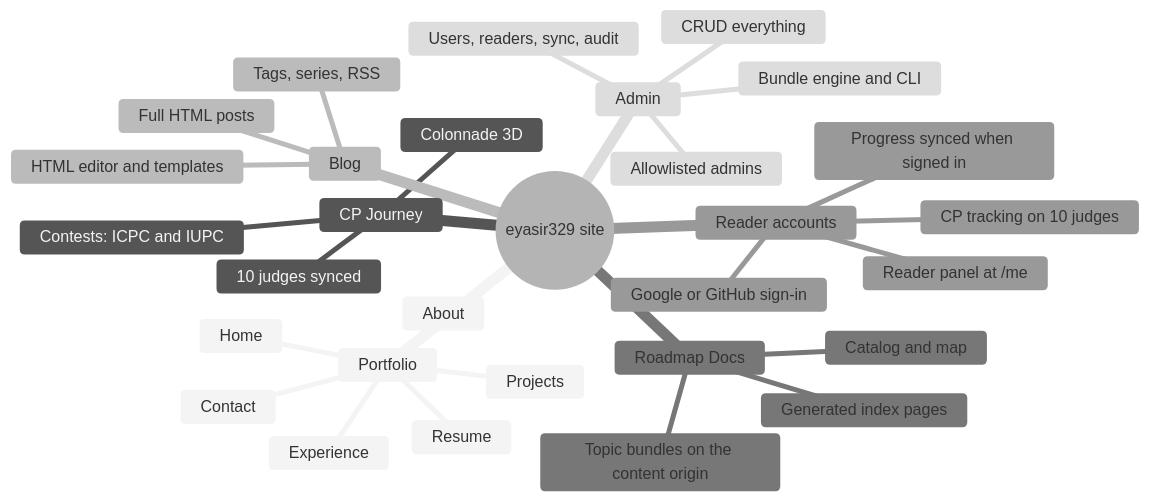
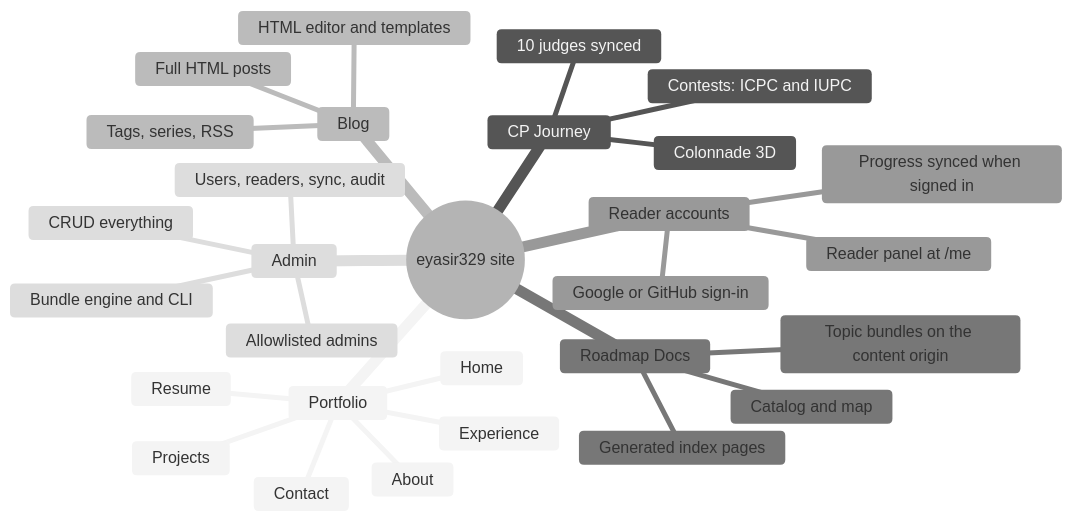
One commit to eyasir329/portfolio changed the diagram in docs/01-product-requirements.md. Above: the diagram before and after it, drawn with Mermaid (neutral theme). The commit also changed other lines of this file and 24 other files, not shown here.

````diff
--- a/docs/01-product-requirements.md
+++ b/docs/01-product-requirements.md
@@ -37,33 +38,32 @@
 ```mermaid
 mindmap
   root((eyasir329 site))
     Portfolio
       Home
       About
       Projects
       Experience
       Resume
       Contact
     CP Journey
       10 judges synced
       Contests: ICPC and IUPC
       Colonnade 3D
     Blog
       Full HTML posts
       HTML editor and templates
       Tags, series, RSS
     Roadmap Docs
       Catalog and map
       Topic bundles on the content origin
       Generated index pages
     Reader accounts
       Google or GitHub sign-in
       Progress synced when signed in
       Reader panel at /me
-      CP tracking on 10 judges
     Admin
       Allowlisted admins
       CRUD everything
       Bundle engine and CLI
       Users, readers, sync, audit
 ```
````
